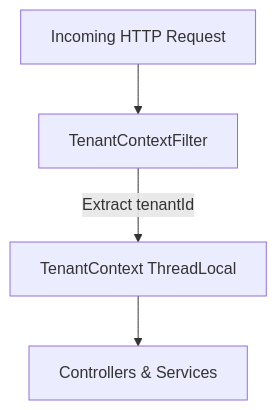
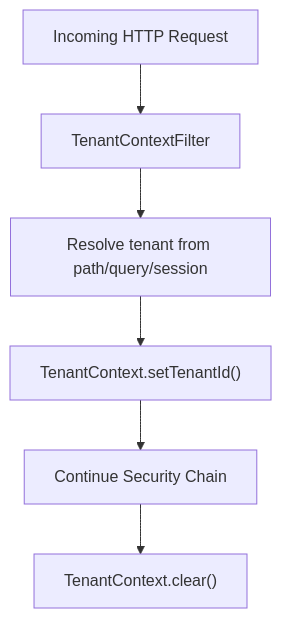
The second of 6 diagrams in docs/reference/architecture/authorization-service-core/authorization-service-core.md (flamingo-stack/openframe-oss-lib), drawn with Mermaid before and after one commit. The commit also changed other lines of this file and 212 other files, not shown here.

````diff
--- a/docs/reference/architecture/authorization-service-core/authorization-service-core.md
+++ b/docs/reference/architecture/authorization-service-core/authorization-service-core.md
@@ -66,6 +68,8 @@
 ```mermaid
 flowchart TD
     Request["Incoming HTTP Request"] --> Filter["TenantContextFilter"]
-    Filter -->|"Extract tenantId"| Context["TenantContext ThreadLocal"]
-    Context --> Controllers["Controllers & Services"]
+    Filter --> Resolve["Resolve tenant from path/query/session"]
+    Resolve --> SetCtx["TenantContext.setTenantId()"]
+    SetCtx --> Continue["Continue Security Chain"]
+    Continue --> Clear["TenantContext.clear()"]
 ```
````
